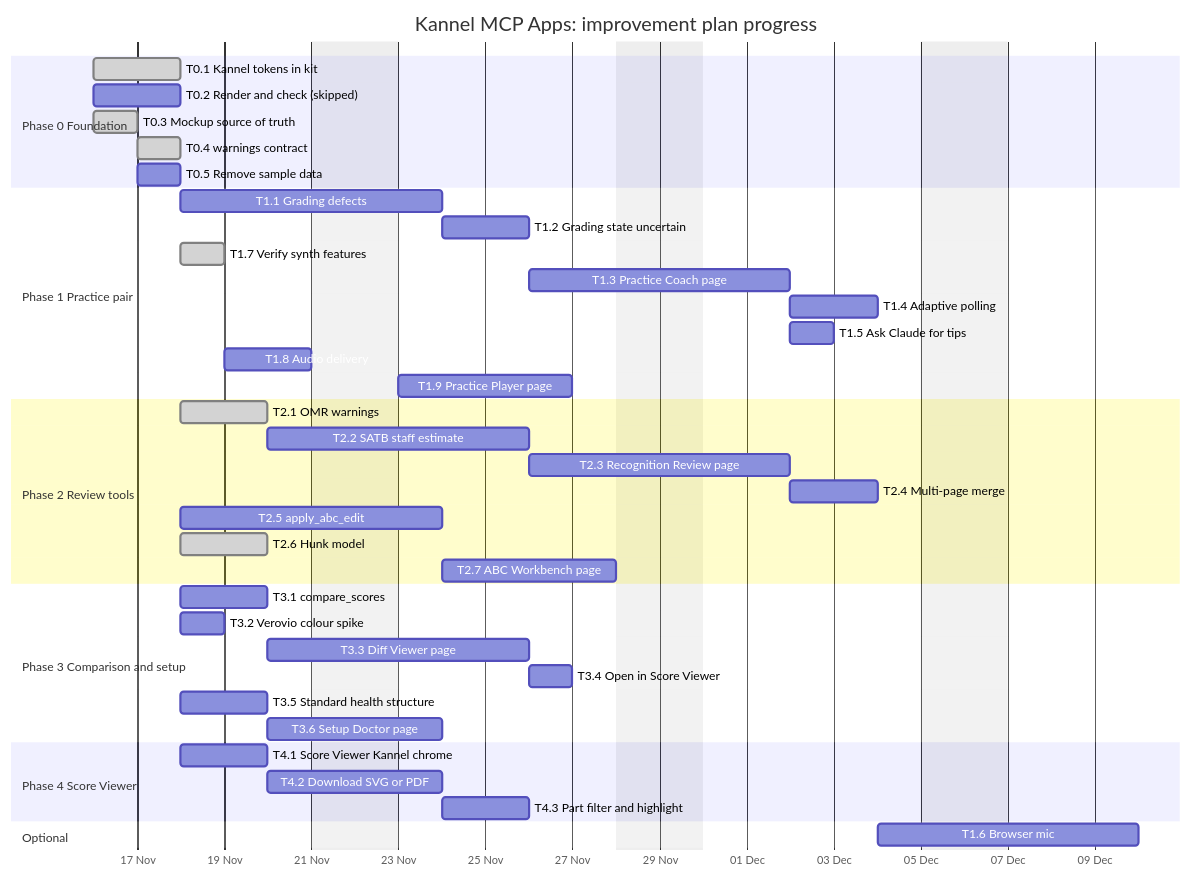
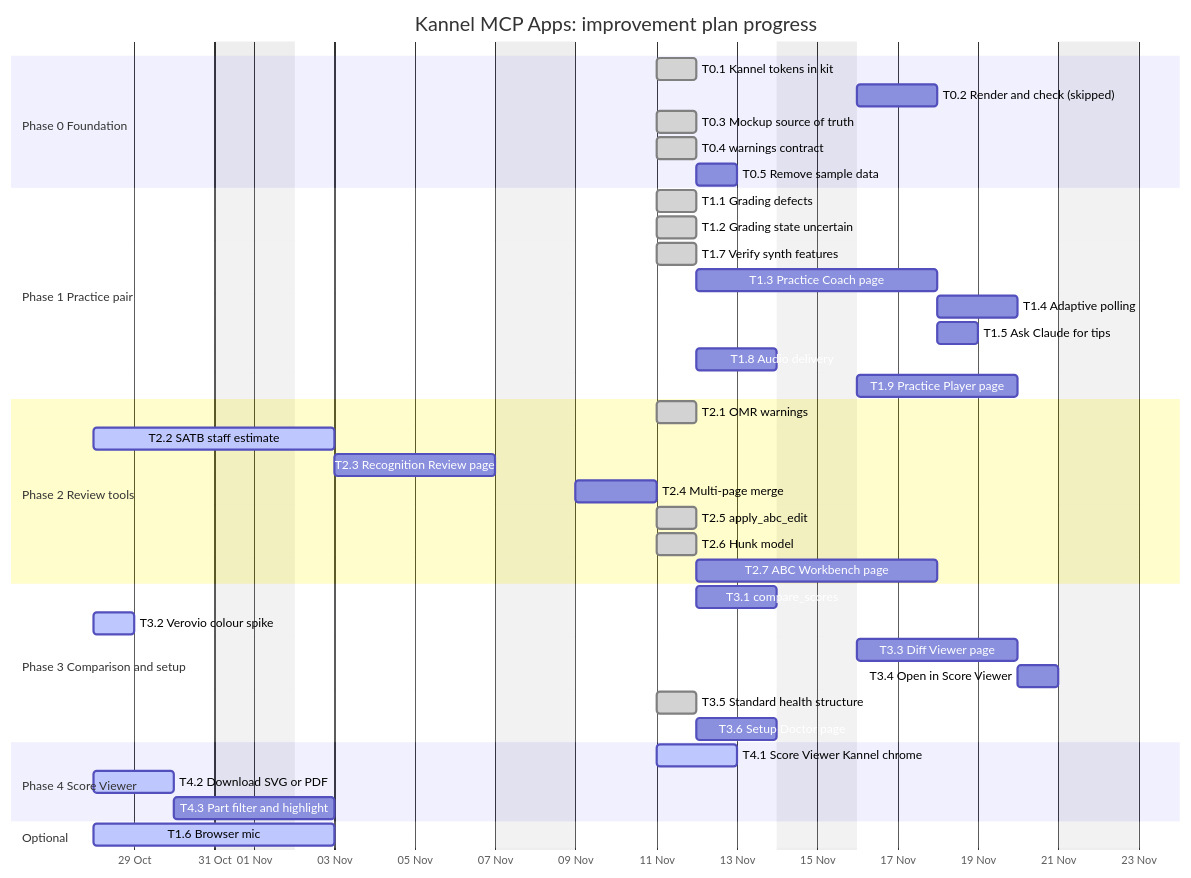
Before and after one commit to raulkivi/sheet-music-mcp: the diagram in docs/research/mcp-apps-improvement-plan.md, drawn with Mermaid. The commit also changed other lines of this file, not shown here.

````diff
--- a/docs/research/mcp-apps-improvement-plan.md
+++ b/docs/research/mcp-apps-improvement-plan.md
@@ -181,50 +189,50 @@
 ```mermaid
 gantt
     title Kannel MCP Apps: improvement plan progress
     dateFormat YYYY-MM-DD
     axisFormat %d %b
     excludes weekends
     todayMarker off
 
     section Phase 0 Foundation
-    T0.1 Kannel tokens in kit           :done, t01, 2026-11-16, 2d
+    T0.1 Kannel tokens in kit           :done, t01, 2026-11-11, 1d
     T0.2 Render and check (skipped)     :t02, 2026-11-16, 2d
-    T0.3 Mockup source of truth         :done, t03, 2026-11-16, 1d
-    T0.4 warnings contract              :done, t04, after t03, 1d
+    T0.3 Mockup source of truth         :done, t03, 2026-11-11, 1d
+    T0.4 warnings contract              :done, t04, 2026-11-11, 1d
     T0.5 Remove sample data             :t05, after t03, 1d
 
     section Phase 1 Practice pair
-    T1.1 Grading defects                :t11, after t04, 4d
-    T1.2 Grading state uncertain        :t12, after t11, 2d
-    T1.7 Verify synth features          :done, t17, after t05, 1d
+    T1.1 Grading defects                :done, t11, 2026-11-11, 1d
+    T1.2 Grading state uncertain        :done, t12, 2026-11-11, 1d
+    T1.7 Verify synth features          :done, t17, 2026-11-11, 1d
     T1.3 Practice Coach page            :t13, after t12, 4d
     T1.4 Adaptive polling               :t14, after t13, 2d
     T1.5 Ask Claude for tips            :t15, after t13, 1d
     T1.8 Audio delivery                 :t18, after t17, 2d
     T1.9 Practice Player page           :t19, after t18 t01, 4d
 
     section Phase 2 Review tools
-    T2.1 OMR warnings                   :done, t21, after t04, 2d
-    T2.2 SATB staff estimate            :t22, after t21, 4d
+    T2.1 OMR warnings                   :done, t21, 2026-11-11, 1d
+    T2.2 SATB staff estimate            :active, t22, 2026-10-28, 4d
     T2.3 Recognition Review page        :t23, after t22, 4d
     T2.4 Multi-page merge               :t24, after t23, 2d
-    T2.5 apply_abc_edit                 :t25, after t04, 4d
-    T2.6 Hunk model                     :done, t26, after t02, 2d
+    T2.5 apply_abc_edit                 :done, t25, 2026-11-11, 1d
+    T2.6 Hunk model                     :done, t26, 2026-11-11, 1d
     T2.7 ABC Workbench page             :t27, after t25 t26, 4d
 
     section Phase 3 Comparison and setup
     T3.1 compare_scores                 :t31, after t04, 2d
-    T3.2 Verovio colour spike           :t32, after t04, 1d
+    T3.2 Verovio colour spike           :active, t32, 2026-10-28, 1d
     T3.3 Diff Viewer page               :t33, after t31 t32, 4d
     T3.4 Open in Score Viewer           :t34, after t33, 1d
-    T3.5 Standard health structure      :t35, after t04, 2d
+    T3.5 Standard health structure      :done, t35, 2026-11-11, 1d
     T3.6 Setup Doctor page              :t36, after t35, 2d
 
     section Phase 4 Score Viewer
-    T4.1 Score Viewer Kannel chrome     :t41, after t01, 2d
-    T4.2 Download SVG or PDF            :t42, after t41, 2d
+    T4.1 Score Viewer Kannel chrome     :active, t41, 2026-11-11, 2d
+    T4.2 Download SVG or PDF            :active, t42, 2026-10-28, 2d
     T4.3 Part filter and highlight      :t43, after t42, 2d
 
     section Optional
-    T1.6 Browser mic                    :t16, after t14, 4d
+    T1.6 Browser mic                    :active, t16, 2026-10-28, 4d
 ```
````
